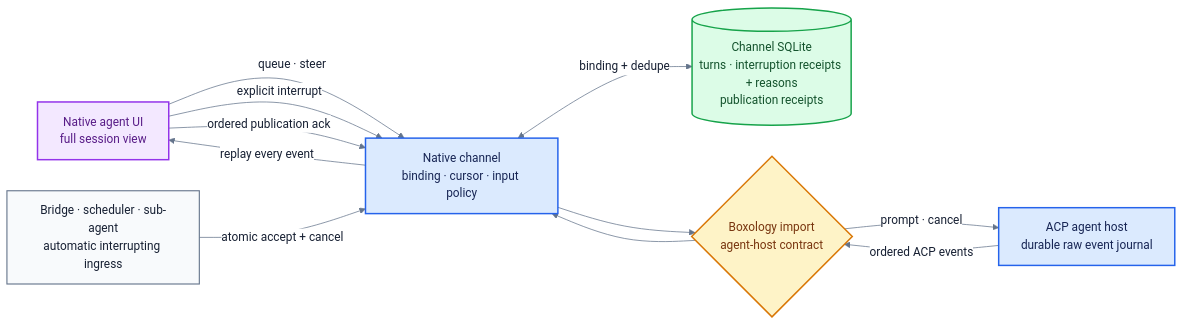
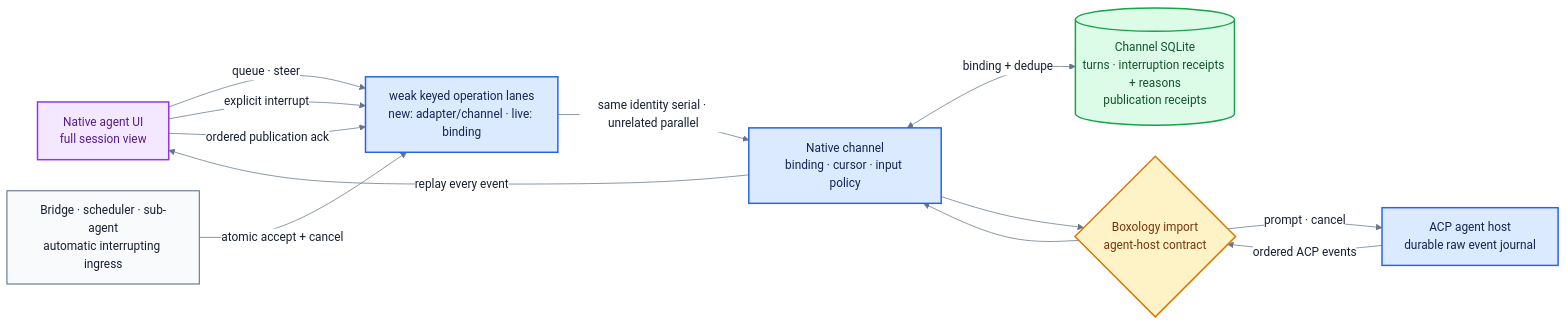
The diagram in v2/docs/native-channel-flow.mmd (fontanierh/crab), drawn with Mermaid before and after one commit. The commit also changed 3 other files, not shown here.

```diff
--- a/v2/docs/native-channel-flow.mmd
+++ b/v2/docs/native-channel-flow.mmd
@@ -1,31 +1,33 @@
 %%{init: {"theme": "base", "themeVariables": {"fontFamily": "ui-sans-serif, system-ui, sans-serif", "primaryTextColor": "#172033", "lineColor": "#64748b", "edgeLabelBackground": "#ffffff"}, "flowchart": {"curve": "basis", "nodeSpacing": 42, "rankSpacing": 58}}}%%
 flowchart LR
     UI["Native agent UI<br/>full session view"]
     INGRESS["Bridge · scheduler · sub-agent<br/>automatic interrupting ingress"]
+    LANES["weak keyed operation lanes<br/>new: adapter/channel · live: binding"]
     CHANNEL["Native channel<br/>binding · cursor · input policy"]
     DB[("Channel SQLite<br/>turns · interruption receipts + reasons<br/>publication receipts")]
     IMPORT{"Boxology import<br/>agent-host contract"}
     AGENT["ACP agent host<br/>durable raw event journal"]
 
-    UI -->|"queue · steer"| CHANNEL
-    UI -->|"explicit interrupt"| CHANNEL
-    INGRESS -->|"atomic accept + cancel"| CHANNEL
+    UI -->|"queue · steer"| LANES
+    UI -->|"explicit interrupt"| LANES
+    INGRESS -->|"atomic accept + cancel"| LANES
+    LANES -->|"same identity serial · unrelated parallel"| CHANNEL
     CHANNEL <-->|"binding + dedupe"| DB
     CHANNEL --> IMPORT
     IMPORT -->|"prompt · cancel"| AGENT
     AGENT -->|"ordered ACP events"| IMPORT
     IMPORT --> CHANNEL
     CHANNEL -->|"replay every event"| UI
-    UI -->|"ordered publication ack"| CHANNEL
+    UI -->|"ordered publication ack"| LANES
 
     classDef ui fill:#f3e8ff,stroke:#9333ea,stroke-width:2px,color:#581c87;
     classDef external fill:#f8fafc,stroke:#64748b,stroke-width:1.5px,color:#172033;
     classDef runtime fill:#dbeafe,stroke:#2563eb,stroke-width:2px,color:#172554;
     classDef durable fill:#dcfce7,stroke:#16a34a,stroke-width:2px,color:#14532d;
     classDef boundary fill:#fef3c7,stroke:#d97706,stroke-width:2px,color:#78350f;
 
     class UI ui;
     class INGRESS external;
-    class CHANNEL,AGENT runtime;
+    class LANES,CHANNEL,AGENT runtime;
     class DB durable;
     class IMPORT boundary;
```
